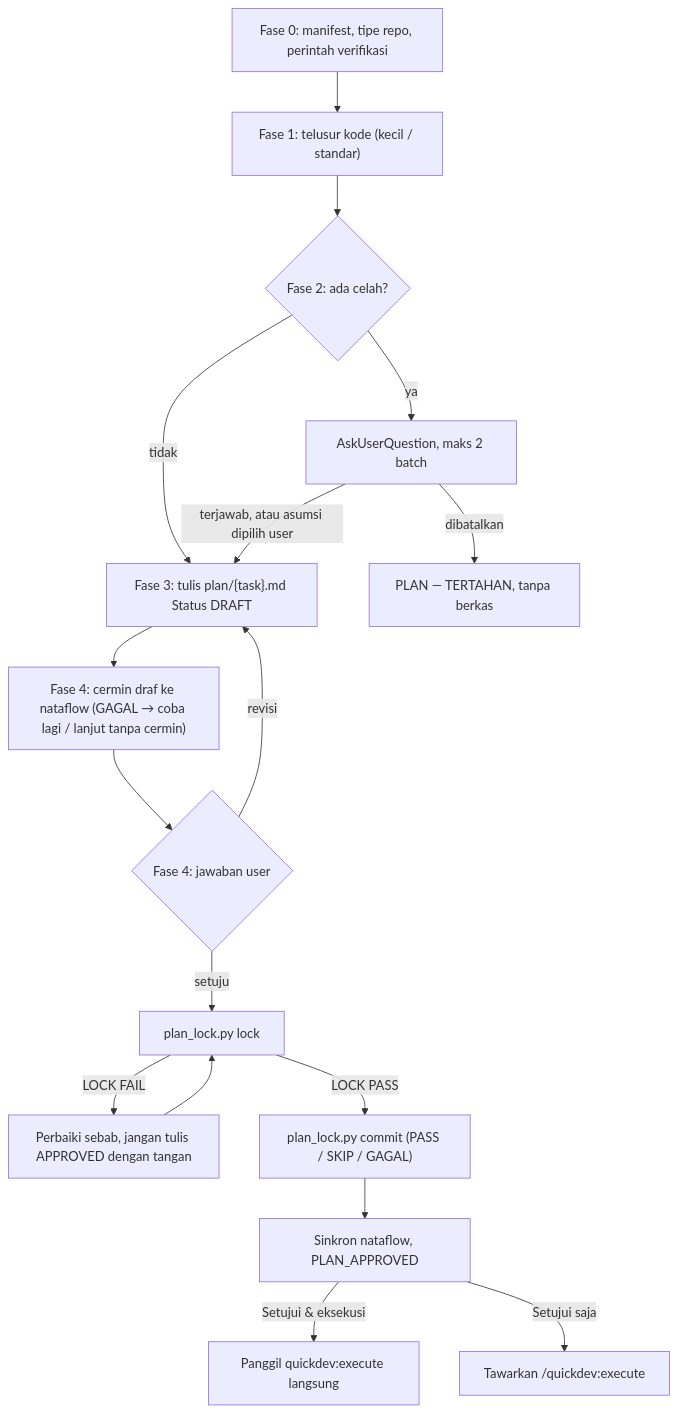
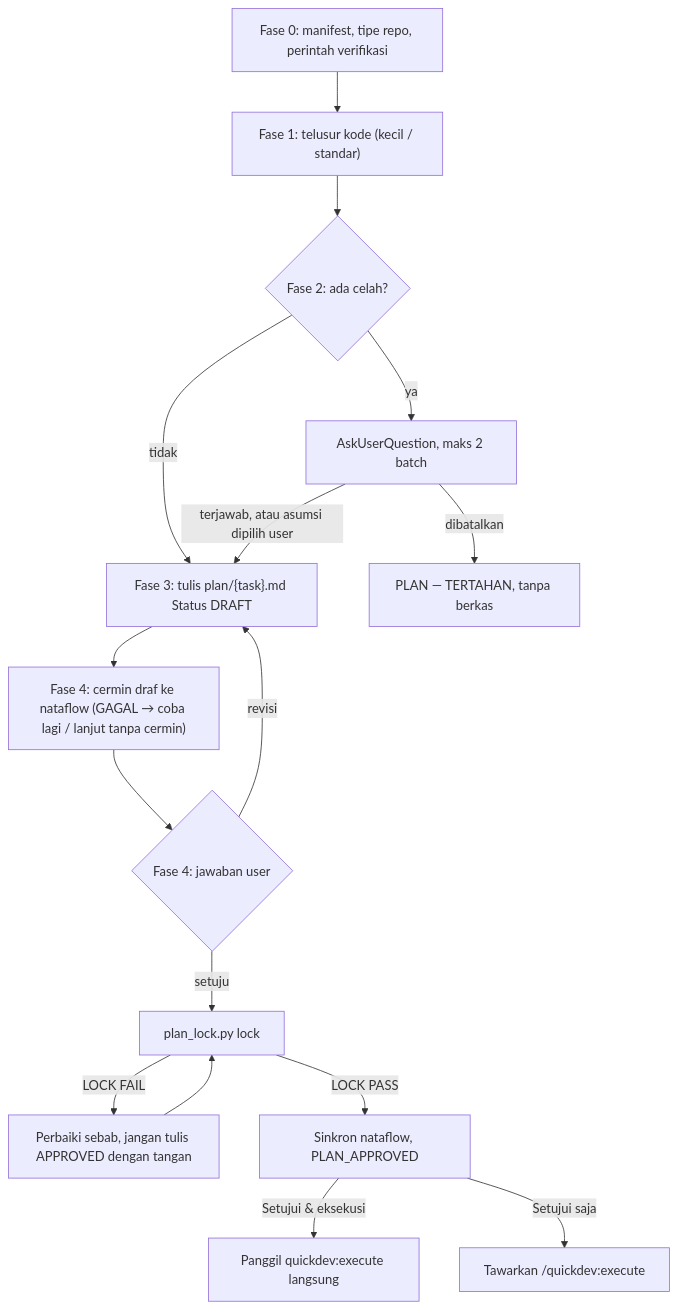
The second of 6 diagrams in flow/quickdev.md (nataflow/agentic-workflow), drawn with Mermaid before and after one commit. The commit also changed other lines of this file and 13 other files, not shown here.

````diff
--- a/flow/quickdev.md
+++ b/flow/quickdev.md
@@ -89,19 +91,18 @@
 ```mermaid
 flowchart TD
     P0["Fase 0: manifest, tipe repo, perintah verifikasi"] --> P1["Fase 1: telusur kode (kecil / standar)"]
     P1 --> P2{"Fase 2: ada celah?"}
     P2 -->|tidak| P3["Fase 3: tulis plan/{task}.md Status DRAFT"]
     P2 -->|ya| Q["AskUserQuestion, maks 2 batch"]
     Q -->|"terjawab, atau asumsi dipilih user"| P3
     Q -->|"dibatalkan"| TH["PLAN — TERTAHAN, tanpa berkas"]
     P3 --> CD["Fase 4: cermin draf ke nataflow (GAGAL → coba lagi / lanjut tanpa cermin)"]
     CD --> P4{"Fase 4: jawaban user"}
     P4 -->|revisi| P3
     P4 -->|setuju| LK["plan_lock.py lock"]
     LK -->|"LOCK FAIL"| FIX["Perbaiki sebab, jangan tulis APPROVED dengan tangan"]
     FIX --> LK
-    LK -->|"LOCK PASS"| CM["plan_lock.py commit (PASS / SKIP / GAGAL)"]
-    CM --> SY["Sinkron nataflow, PLAN_APPROVED"]
+    LK -->|"LOCK PASS"| SY["Sinkron nataflow, PLAN_APPROVED"]
     SY -->|"Setujui & eksekusi"| OK["Panggil quickdev:execute langsung"]
     SY -->|"Setujui saja"| OF["Tawarkan /quickdev:execute"]
 ```
````
